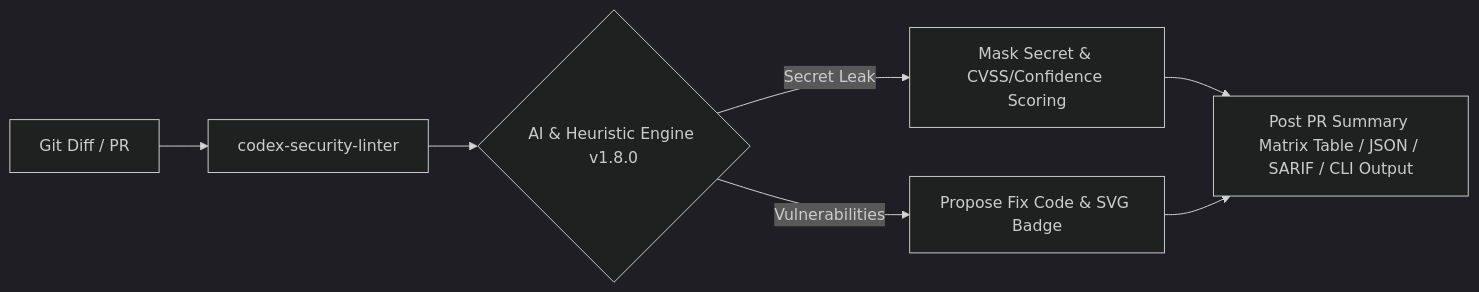
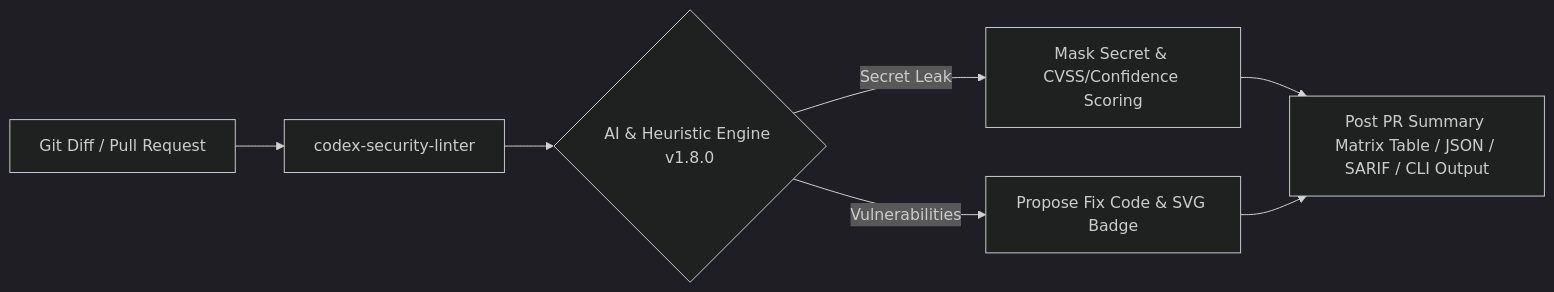
One commit to knmt1219/codex-security-linter changed the diagram in README.md. Above: the diagram before and after it, drawn with Mermaid (dark theme). The commit also changed other lines of this file, not shown here.

````diff
--- a/README.md
+++ b/README.md
@@ -14,8 +15,8 @@
 ```mermaid
 graph LR
-    A[Git Diff / PR] --> B[codex-security-linter]
+    A[Git Diff / Pull Request] --> B[codex-security-linter]
     B --> C{AI & Heuristic Engine v1.8.0}
     C -->|Secret Leak| D[Mask Secret & CVSS/Confidence Scoring]
     C -->|Vulnerabilities| E[Propose Fix Code & SVG Badge]
     D & E --> F[Post PR Summary Matrix Table / JSON / SARIF / CLI Output]
 ```
````
